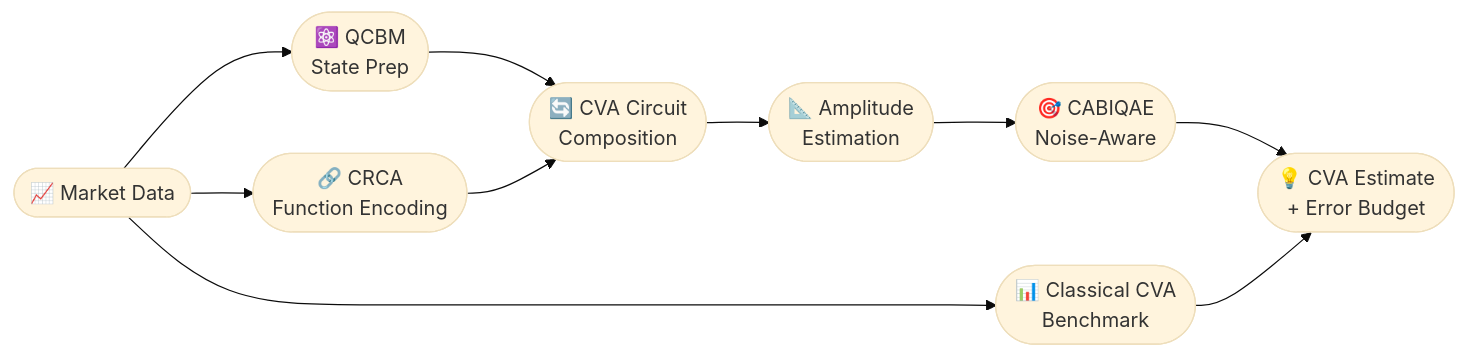
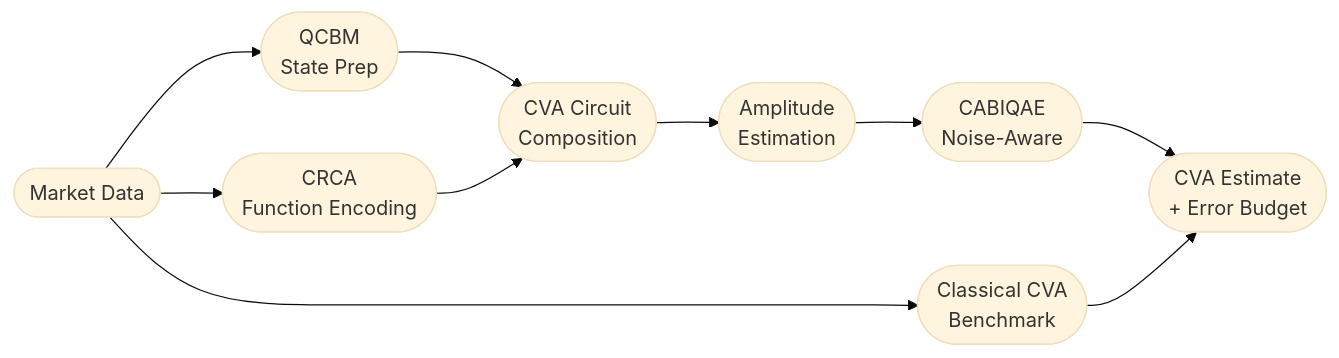
One commit to gborras10/Quantum-CVA changed the diagram in README.md. Above: the diagram before and after it, drawn with Mermaid (base theme). The commit also changed other lines of this file, not shown here.

````diff
--- a/README.md
+++ b/README.md
@@ -49,21 +49,21 @@
 ```mermaid
 flowchart LR
-    MD(["📈 Market Data"])
-    CB(["📊 Classical CVA\nBenchmark"])
-    QCBM(["⚛️ QCBM\nState Prep"])
-    CRCA(["🔗 CRCA\nFunction Encoding"])
-    CC(["🔄 CVA Circuit\nComposition"])
-    AE(["📐 Amplitude\nEstimation"])
-    CA(["🎯 CABIQAE\nNoise-Aware"])
-    CVA(["💡 CVA Estimate\n+ Error Budget"])
+    MD(["Market Data"])
+    CB(["Classical CVA\nBenchmark"])
+    QCBM(["QCBM\nState Prep"])
+    CRCA(["CRCA\nFunction Encoding"])
+    CC(["CVA Circuit\nComposition"])
+    AE(["Amplitude\nEstimation"])
+    CA(["CABIQAE\nNoise-Aware"])
+    CVA(["CVA Estimate\n+ Error Budget"])
 
     MD --> CB
     MD --> QCBM
     MD --> CRCA
     QCBM --> CC
     CRCA --> CC
     CC --> AE
     AE --> CA
     CA --> CVA
     CB --> CVA
 ```
````
